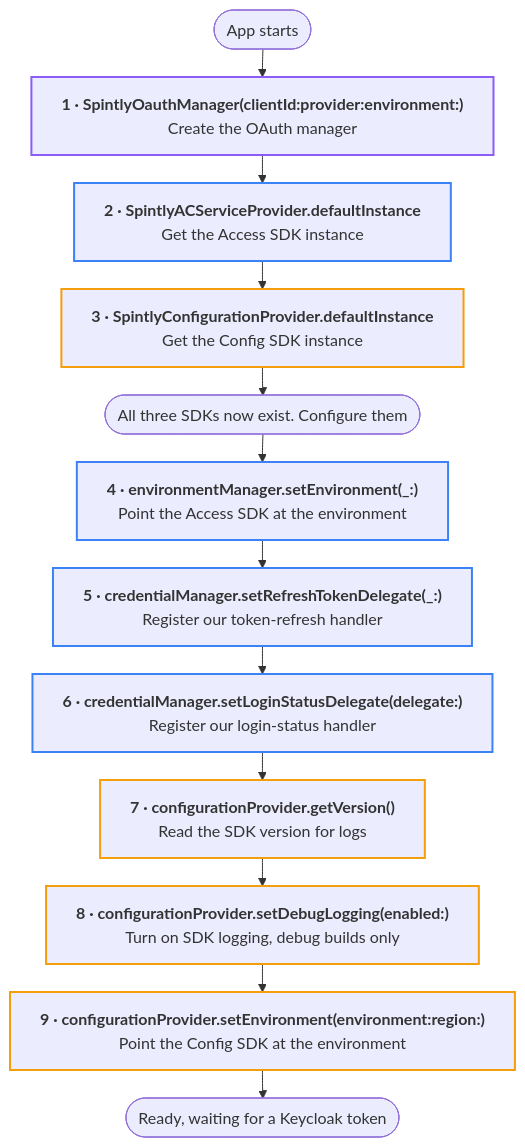
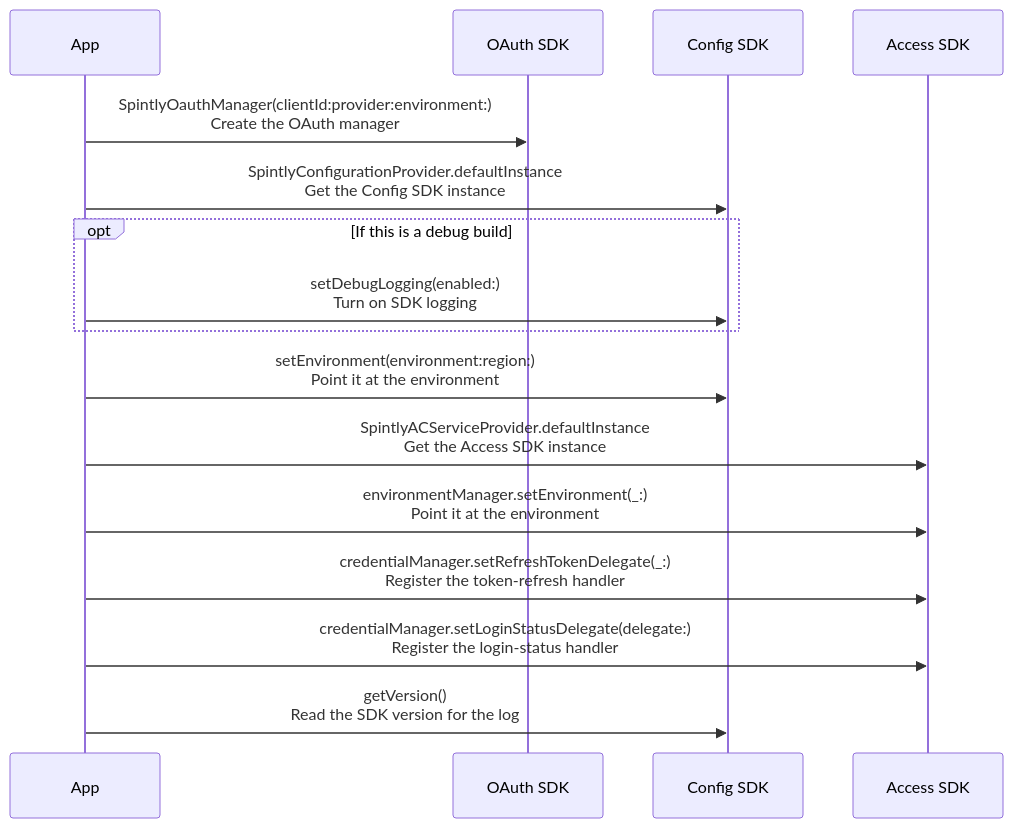
The second of 15 diagrams in docs/user-onboarding.md (Yash-Wadatkar-Binaryveda/sdk-docs-site), drawn with Mermaid before and after one commit. The commit also changed other lines of this file and 7 other files, not shown here.

````diff
--- a/docs/user-onboarding.md
+++ b/docs/user-onboarding.md
@@ -50,23 +116,19 @@
     ```mermaid
-    %%{init:{"flowchart":{"wrappingWidth":540,"nodeSpacing":24,"rankSpacing":28}}}%%
-    flowchart TD
-        S(["App starts"]) --> N1
-        N1["<b>1 · SpintlyOauthManager(clientId:provider:environment:)</b><br/>Create the OAuth manager"]
-        N1 --> N2["<b>2 · SpintlyACServiceProvider.defaultInstance</b><br/>Get the Access SDK instance"]
-        N2 --> N3["<b>3 · SpintlyConfigurationProvider.defaultInstance</b><br/>Get the Config SDK instance"]
-        N3 --> M(["All three SDKs now exist. Configure them"])
-        M --> N4["<b>4 · environmentManager.setEnvironment(_:)</b><br/>Point the Access SDK at the environment"]
-        N4 --> N5["<b>5 · credentialManager.setRefreshTokenDelegate(_:)</b><br/>Register our token-refresh handler"]
-        N5 --> N6["<b>6 · credentialManager.setLoginStatusDelegate(delegate:)</b><br/>Register our login-status handler"]
-        N6 --> N7["<b>7 · configurationProvider.getVersion()</b><br/>Read the SDK version for logs"]
-        N7 --> N8["<b>8 · configurationProvider.setDebugLogging(enabled:)</b><br/>Turn on SDK logging, debug builds only"]
-        N8 --> N9["<b>9 · configurationProvider.setEnvironment(environment:region:)</b><br/>Point the Config SDK at the environment"]
-        N9 --> E(["Ready, waiting for a Keycloak token"])
+    sequenceDiagram
+        participant A as App
+        participant O as OAuth SDK
+        participant C as Config SDK
+        participant S as Access SDK
 
-        classDef sdkOauth stroke:#8b5cf6,stroke-width:2px
-        classDef sdkAccess stroke:#3b82f6,stroke-width:2px
-        classDef sdkConfig stroke:#f59e0b,stroke-width:2px
-        class N1 sdkOauth
-        class N2,N4,N5,N6 sdkAccess
-        class N3,N7,N8,N9 sdkConfig
+        A->>O: SpintlyOauthManager(clientId:provider:environment:)<br/>Create the OAuth manager
+        A->>C: SpintlyConfigurationProvider.defaultInstance<br/>Get the Config SDK instance
+        opt If this is a debug build
+            A->>C: setDebugLogging(enabled:)<br/>Turn on SDK logging
+        end
+        A->>C: setEnvironment(environment:region:)<br/>Point it at the environment
+        A->>S: SpintlyACServiceProvider.defaultInstance<br/>Get the Access SDK instance
+        A->>S: environmentManager.setEnvironment(_:)<br/>Point it at the environment
+        A->>S: credentialManager.setRefreshTokenDelegate(_:)<br/>Register the token-refresh handler
+        A->>S: credentialManager.setLoginStatusDelegate(delegate:)<br/>Register the login-status handler
+        A->>C: getVersion()<br/>Read the SDK version for the log
     ```
````
